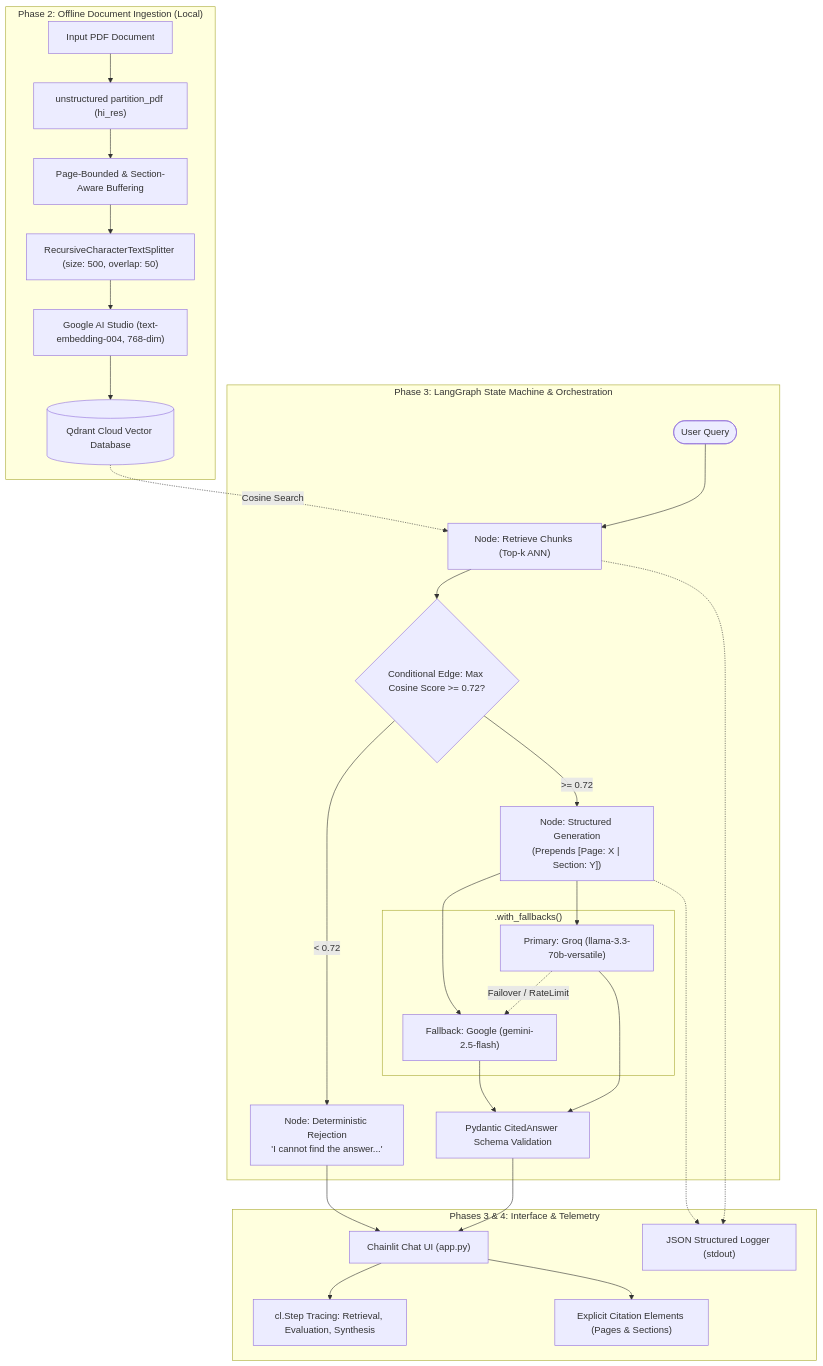
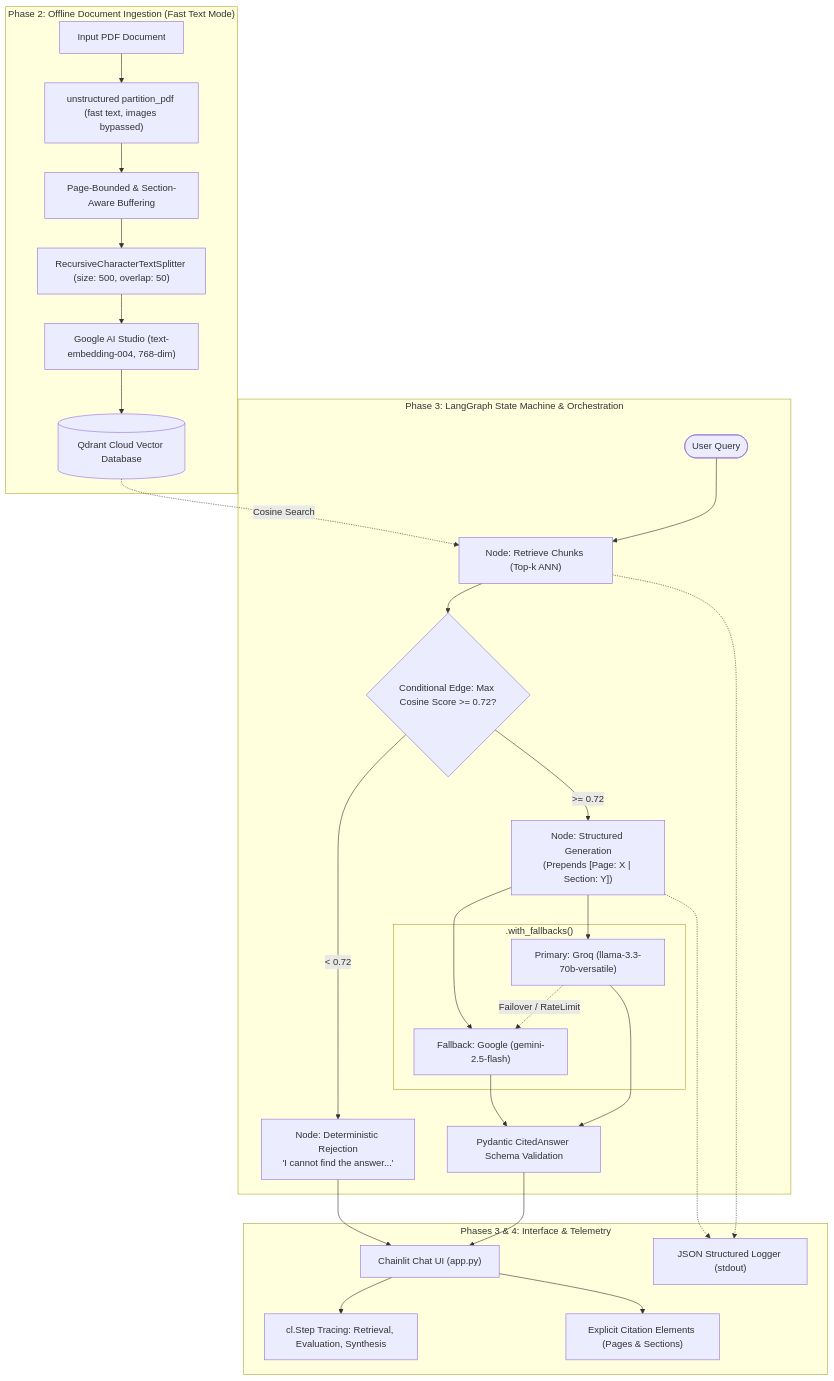
The diagram in Readme.md (ZiadHegazy/Henkel_GenAI_Task), drawn with Mermaid before and after one commit. The commit also changed other lines of this file and 5 other files, not shown here.

Commit message:
chore: remove all ocr and vision dependencies, switch to fast digital text extraction bypassing images

````diff
--- a/Readme.md
+++ b/Readme.md
@@ -11,39 +11,39 @@
 ```mermaid
 flowchart TD
-    subgraph Offline Ingestion ["Phase 2: Offline Document Ingestion (Local)"]
-        PDF["Input PDF Document"] --> Partition["unstructured partition_pdf (hi_res)"]
+    subgraph Offline Ingestion ["Phase 2: Offline Document Ingestion (Fast Text Mode)"]
+        PDF["Input PDF Document"] --> Partition["unstructured partition_pdf (fast text, images bypassed)"]
         Partition --> Grouping["Page-Bounded & Section-Aware Buffering"]
         Grouping --> Splitter["RecursiveCharacterTextSplitter (size: 500, overlap: 50)"]
         Splitter --> Embed["Google AI Studio (text-embedding-004, 768-dim)"]
         Embed --> QdrantCloud[("Qdrant Cloud Vector Database")]
     end
 
     subgraph LangGraph Runtime ["Phase 3: LangGraph State Machine & Orchestration"]
         UserQuery(["User Query"]) --> RetrieveNode["Node: Retrieve Chunks (Top-k ANN)"]
         QdrantCloud -.->|Cosine Search| RetrieveNode
         RetrieveNode --> RoutingGate{"Conditional Edge: Max Cosine Score >= 0.72?"}
         
         RoutingGate -- "< 0.72" --> RejectionNode["Node: Deterministic Rejection\n'I cannot find the answer...'"]
         RoutingGate -- ">= 0.72" --> GenerationNode["Node: Structured Generation\n(Prepends [Page: X | Section: Y])"]
 
         subgraph Resilient LLM Chains [".with_fallbacks()"]
             PrimaryLLM["Primary: Groq (llama-3.3-70b-versatile)"]
             FallbackLLM["Fallback: Google (gemini-2.5-flash)"]
             PrimaryLLM -.->|Failover / RateLimit| FallbackLLM
         end
 
         GenerationNode --> PrimaryLLM
         GenerationNode --> FallbackLLM
         PrimaryLLM --> PydanticValidation["Pydantic CitedAnswer Schema Validation"]
         FallbackLLM --> PydanticValidation
     end
 
     subgraph UI & Observability ["Phases 3 & 4: Interface & Telemetry"]
         PydanticValidation --> ChainlitUI["Chainlit Chat UI (app.py)"]
         RejectionNode --> ChainlitUI
         ChainlitUI --> Steps["cl.Step Tracing: Retrieval, Evaluation, Synthesis"]
         ChainlitUI --> Citations["Explicit Citation Elements (Pages & Sections)"]
         RetrieveNode -.-> JSONLog["JSON Structured Logger (stdout)"]
         GenerationNode -.-> JSONLog
     end
 ```
````
